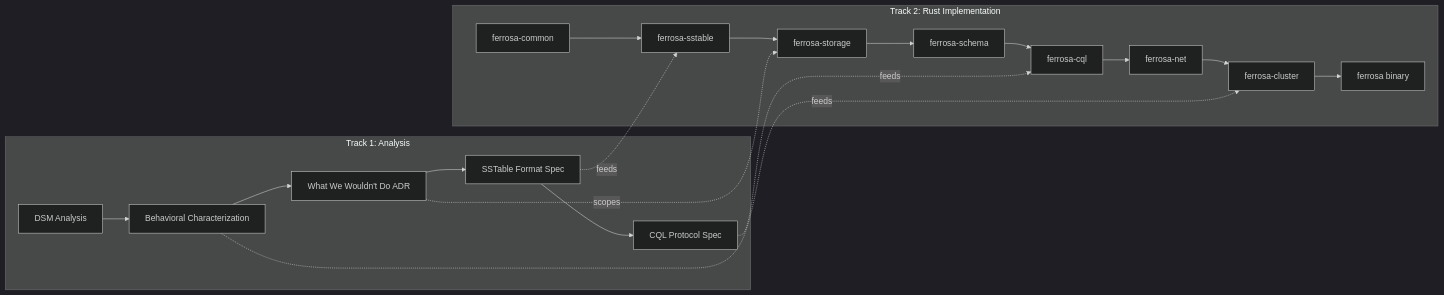
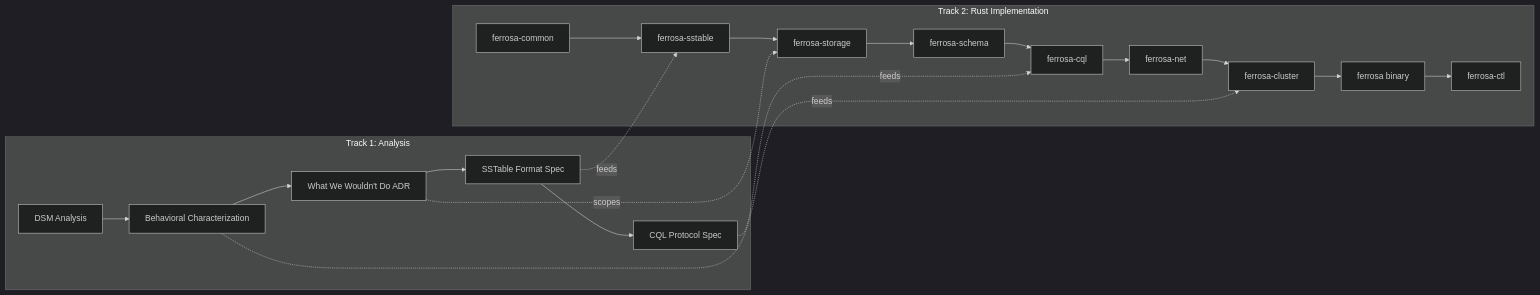
The second of 2 diagrams in specs/overview.md (ferrosadb/ferrosa), drawn with Mermaid (dark theme) before and after one commit. The commit also changed other lines of this file and 7 other files, not shown here.

First line of the commit message:
docs: update architecture specs and marketing docs for observability

````diff
--- a/specs/overview.md
+++ b/specs/overview.md
@@ -63,24 +66,25 @@
 ```mermaid
 graph LR
     subgraph "Track 1: Analysis"
         A1[DSM Analysis] --> A2[Behavioral Characterization]
         A2 --> A3[What We Wouldn't Do ADR]
         A3 --> A4[SSTable Format Spec]
         A4 --> A5[CQL Protocol Spec]
     end
 
     subgraph "Track 2: Rust Implementation"
         R1[ferrosa-common] --> R2[ferrosa-sstable]
         R2 --> R3[ferrosa-storage]
         R3 --> R4[ferrosa-schema]
         R4 --> R5[ferrosa-cql]
         R5 --> R6[ferrosa-net]
         R6 --> R7[ferrosa-cluster]
         R7 --> R8[ferrosa binary]
+        R8 --> R9[ferrosa-ctl]
     end
 
     A4 -.->|feeds| R2
     A5 -.->|feeds| R5
     A2 -.->|feeds| R7
     A3 -.->|scopes| R3
 ```
````
